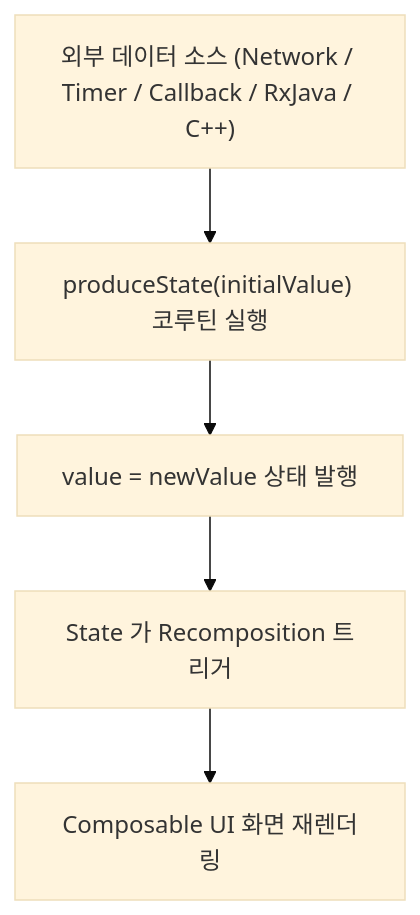
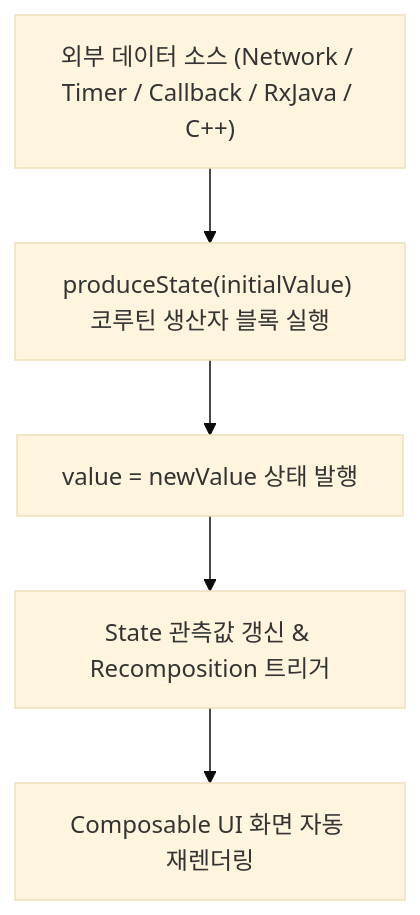
Before and after one commit to youngmin-gwon/what-i-studied: the diagram in 01_inbox/mobile/android/02_app_framework/jetpack-compose/state-and-lifecycle/compose-state-and-effect-contracts/produce-state.md, drawn with Mermaid (base theme). The commit also changed other lines of this file and 4 other files, not shown here.

````diff
--- a/01_inbox/mobile/android/02_app_framework/jetpack-compose/state-and-lifecycle/compose-state-and-effect-contracts/produce-state.md
+++ b/01_inbox/mobile/android/02_app_framework/jetpack-compose/state-and-lifecycle/compose-state-and-effect-contracts/produce-state.md
@@ -34,7 +32,7 @@
 ```mermaid
 graph TD
-    ExternalSource["외부 데이터 소스 (Network / Timer / Callback / RxJava / C++)"] --> ProduceBlock["produceState(initialValue) 코루틴 실행"]
+    ExternalSource["외부 데이터 소스 (Network / Timer / Callback / RxJava / C++)"] --> ProduceBlock["produceState(initialValue) 코루틴 생산자 블록 실행"]
     ProduceBlock --> YieldValue["value = newValue 상태 발행"]
-    YieldValue --> StateHolder["State<T> 가 Recomposition 트리거"]
-    StateHolder --> UIRead["Composable UI 화면 재렌더링"]
+    YieldValue --> StateHolder["State<T> 관측값 갱신 & Recomposition 트리거"]
+    StateHolder --> UIRead["Composable UI 화면 자동 재렌더링"]
 ```
````
